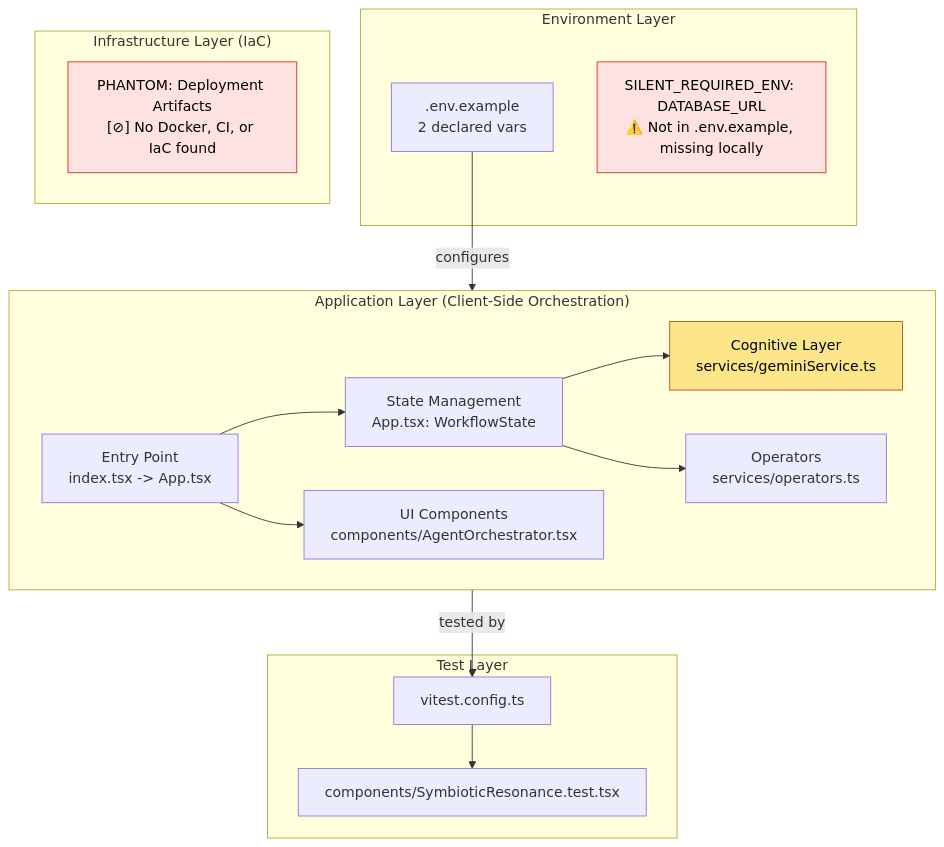
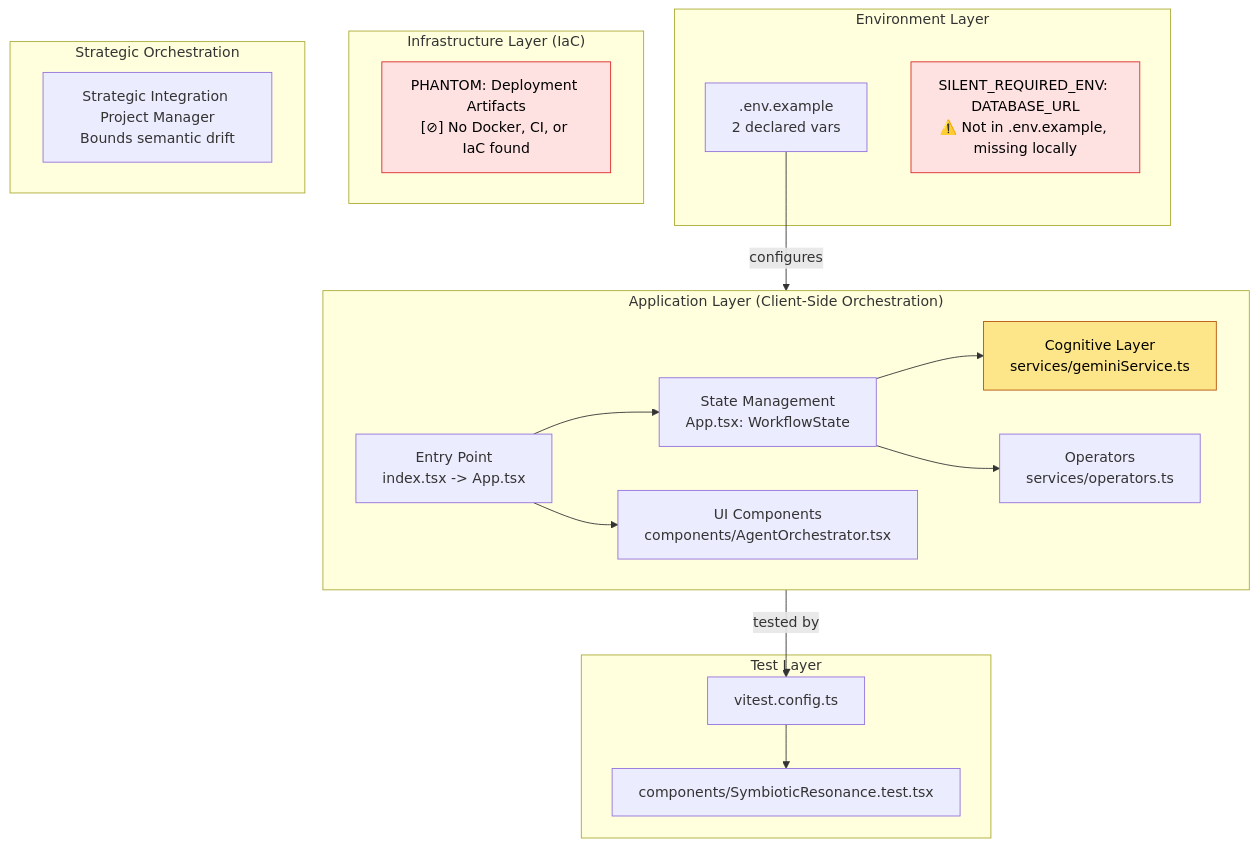
One commit to projectedanx/ArchAI changed the first of 2 diagrams in docs/0xCARTO_SYNTHESIS.md. Above: the diagram before and after it, drawn with Mermaid. The commit also changed other lines of this file and 5 other files, not shown here.

Commit message:
feat(architecture): Project AURELIUS synergy inversion, Strategic Integration PM persona, and 0xCARTO synthesis

````diff
--- a/docs/0xCARTO_SYNTHESIS.md
+++ b/docs/0xCARTO_SYNTHESIS.md
@@ -28,38 +35,42 @@
 ```mermaid
 graph TD
     subgraph ENV["Environment Layer"]
         D2[.env.example<br/>2 declared vars]
         D4[SILENT_REQUIRED_ENV: DATABASE_URL<br/>⚠️ Not in .env.example, missing locally]
     end
 
     subgraph APP["Application Layer (Client-Side Orchestration)"]
         A1[Entry Point<br/>index.tsx -> App.tsx]
         A2[State Management<br/>App.tsx: WorkflowState]
         A3[Cognitive Layer<br/>services/geminiService.ts]
         A4[Operators<br/>services/operators.ts]
         A5[UI Components<br/>components/AgentOrchestrator.tsx]
     end
 
     subgraph INFRA["Infrastructure Layer (IaC)"]
         I1["PHANTOM: Deployment Artifacts<br/>[⊘] No Docker, CI, or IaC found"]
+    end
+
+    subgraph STRATEGY["Strategic Orchestration"]
+        S1["Strategic Integration Project Manager<br/>Bounds semantic drift"]
     end
 
     subgraph TEST["Test Layer"]
         T1[vitest.config.ts]
         T2[components/SymbioticResonance.test.tsx]
     end
 
     D2 -->|configures| APP
     A1 --> A2 & A5
     A2 --> A3 & A4
     APP -->|tested by| T1
     T1 --> T2
 
     classDef warning fill:#fef3c7,stroke:#d97706,color:#000
     classDef golden fill:#fde68a,stroke:#b45309,color:#000
     classDef phantom fill:#fee2e2,stroke:#dc2626,color:#000
     classDef clean fill:#d1fae5,stroke:#059669,color:#000
 
     class D4,I1 phantom
     class A3 golden
 ```
````
